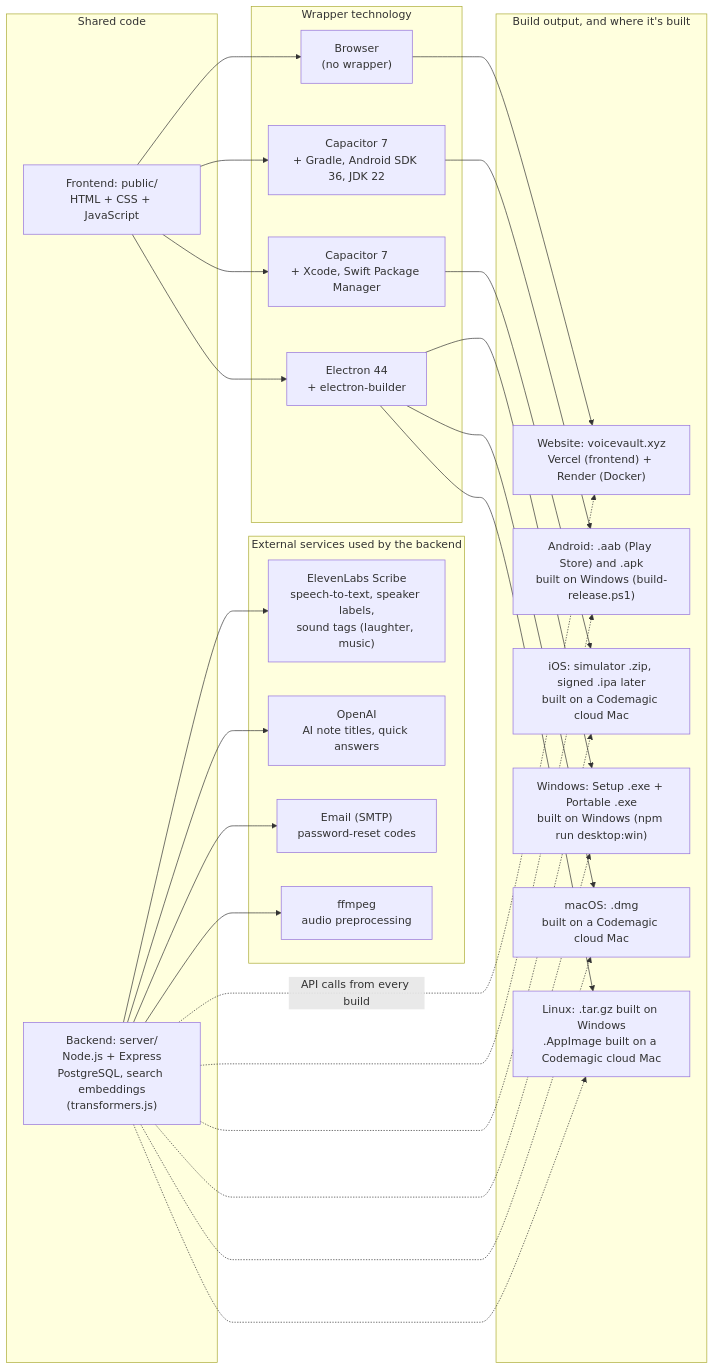
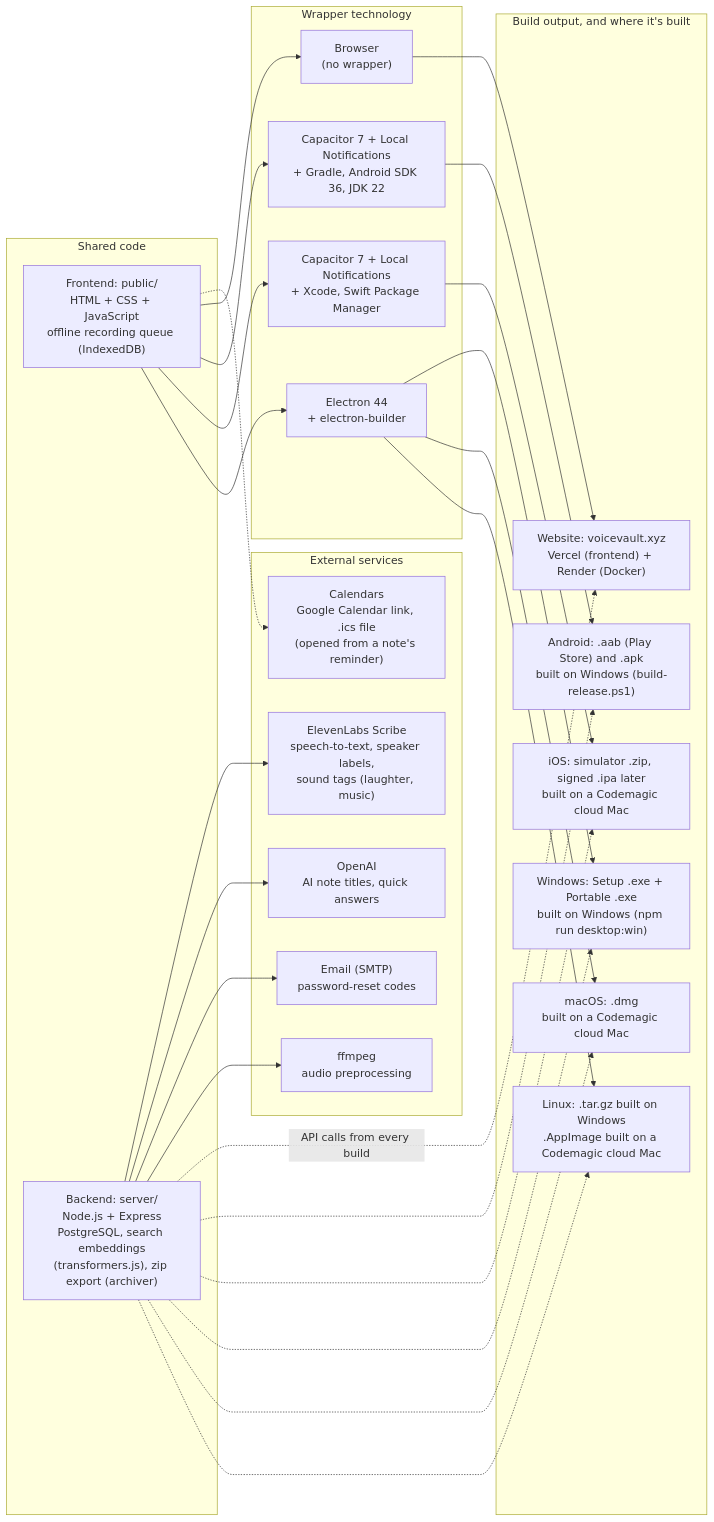
One commit to 1218Anubhavmishra/NoteVault changed the diagram in docs/NoteVault_Edits_made.md. Above: the diagram before and after it, drawn with Mermaid. The commit also changed other lines of this file and 14 other files, not shown here.

Commit message:
Login limit, offline recording, note reminders + calendar, export all notes, search highlight fix, Newest label, job title fix; Capacitor Local Notifications

````diff
--- a/docs/NoteVault_Edits_made.md
+++ b/docs/NoteVault_Edits_made.md
@@ -61,47 +66,49 @@
 ```mermaid
 flowchart LR
   subgraph Shared["Shared code"]
-    FE["Frontend: public/<br/>HTML + CSS + JavaScript"]
-    BE["Backend: server/<br/>Node.js + Express<br/>PostgreSQL, search embeddings<br/>(transformers.js)"]
+    FE["Frontend: public/<br/>HTML + CSS + JavaScript<br/>offline recording queue (IndexedDB)"]
+    BE["Backend: server/<br/>Node.js + Express<br/>PostgreSQL, search embeddings<br/>(transformers.js), zip export (archiver)"]
   end
 
-  subgraph External["External services used by the backend"]
+  subgraph External["External services"]
     EL["ElevenLabs Scribe<br/>speech-to-text, speaker labels,<br/>sound tags (laughter, music)"]
     OAI["OpenAI<br/>AI note titles, quick answers"]
     SMTP["Email (SMTP)<br/>password-reset codes"]
     FF["ffmpeg<br/>audio preprocessing"]
+    CAL["Calendars<br/>Google Calendar link, .ics file<br/>(opened from a note's reminder)"]
   end
 
   subgraph Wrappers["Wrapper technology"]
     WEB["Browser<br/>(no wrapper)"]
-    CAPA["Capacitor 7<br/>+ Gradle, Android SDK 36, JDK 22"]
-    CAPI["Capacitor 7<br/>+ Xcode, Swift Package Manager"]
+    CAPA["Capacitor 7 + Local Notifications<br/>+ Gradle, Android SDK 36, JDK 22"]
+    CAPI["Capacitor 7 + Local Notifications<br/>+ Xcode, Swift Package Manager"]
     ELE["Electron 44<br/>+ electron-builder"]
   end
 
   subgraph Builds["Build output, and where it's built"]
     W["Website: voicevault.xyz<br/>Vercel (frontend) + Render (Docker)"]
     A["Android: .aab (Play Store) and .apk<br/>built on Windows (build-release.ps1)"]
     I["iOS: simulator .zip, signed .ipa later<br/>built on a Codemagic cloud Mac"]
     D["Windows: Setup .exe + Portable .exe<br/>built on Windows (npm run desktop:win)"]
     M["macOS: .dmg<br/>built on a Codemagic cloud Mac"]
     L["Linux: .tar.gz built on Windows<br/>.AppImage built on a Codemagic cloud Mac"]
   end
 
   BE --> EL
   BE --> OAI
   BE --> SMTP
   BE --> FF
+  FE -.-> CAL
   FE --> WEB --> W
   FE --> CAPA --> A
   FE --> CAPI --> I
   FE --> ELE --> D
   ELE --> M
   ELE --> L
   BE -. "API calls from every build" .-> W
   BE -.-> A
   BE -.-> I
   BE -.-> D
   BE -.-> M
   BE -.-> L
 ```
````
